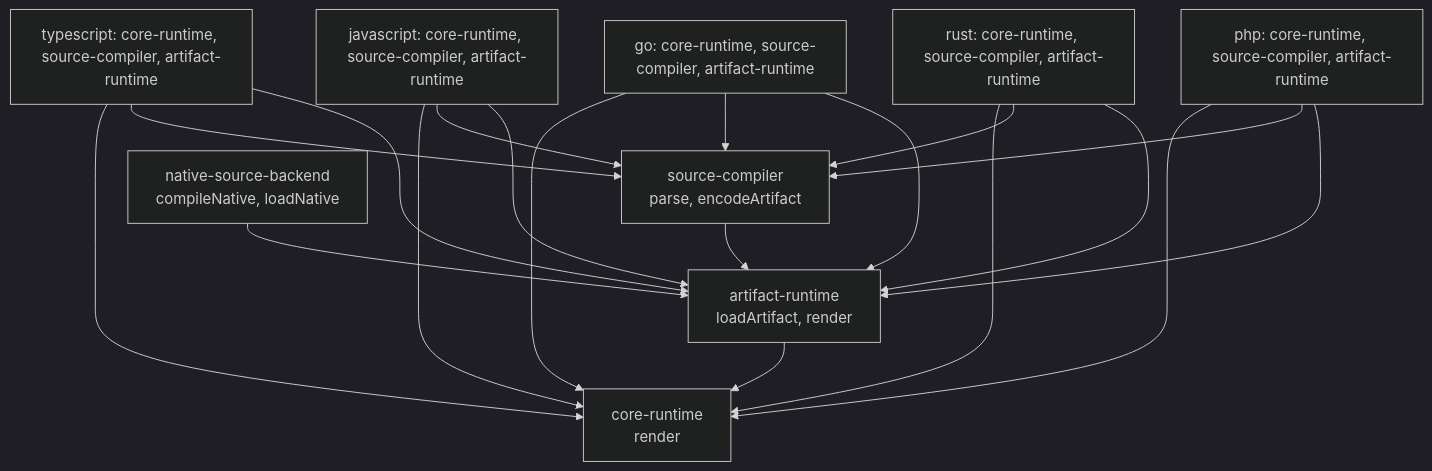
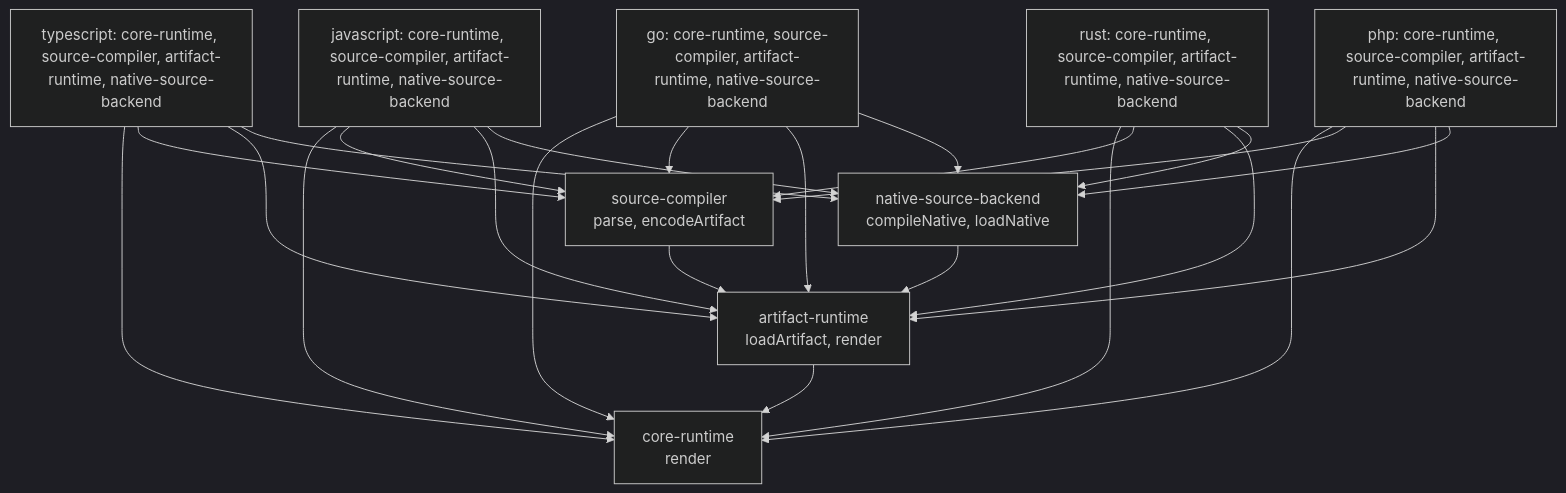
The diagram in tools/showcase/adapters/generated/support-levels.mmd (polyspec/template), drawn with Mermaid (dark theme) before and after one commit. The commit also changed 25 other files, not shown here.

```diff
--- a/tools/showcase/adapters/generated/support-levels.mmd
+++ b/tools/showcase/adapters/generated/support-levels.mmd
@@ -1,28 +1,33 @@
 flowchart TB
   core_runtime["core-runtime<br/>render"]
   source_compiler["source-compiler<br/>parse, encodeArtifact"]
   artifact_runtime["artifact-runtime<br/>loadArtifact, render"]
   native_source_backend["native-source-backend<br/>compileNative, loadNative"]
   source_compiler --> artifact_runtime
   artifact_runtime --> core_runtime
   native_source_backend --> artifact_runtime
-  typescript["typescript: core-runtime, source-compiler, artifact-runtime"]
+  typescript["typescript: core-runtime, source-compiler, artifact-runtime, native-source-backend"]
   typescript --> core_runtime
   typescript --> source_compiler
   typescript --> artifact_runtime
-  javascript["javascript: core-runtime, source-compiler, artifact-runtime"]
+  typescript --> native_source_backend
+  javascript["javascript: core-runtime, source-compiler, artifact-runtime, native-source-backend"]
   javascript --> core_runtime
   javascript --> source_compiler
   javascript --> artifact_runtime
-  go["go: core-runtime, source-compiler, artifact-runtime"]
+  javascript --> native_source_backend
+  go["go: core-runtime, source-compiler, artifact-runtime, native-source-backend"]
   go --> core_runtime
   go --> source_compiler
   go --> artifact_runtime
-  rust["rust: core-runtime, source-compiler, artifact-runtime"]
+  go --> native_source_backend
+  rust["rust: core-runtime, source-compiler, artifact-runtime, native-source-backend"]
   rust --> core_runtime
   rust --> source_compiler
   rust --> artifact_runtime
-  php["php: core-runtime, source-compiler, artifact-runtime"]
+  rust --> native_source_backend
+  php["php: core-runtime, source-compiler, artifact-runtime, native-source-backend"]
   php --> core_runtime
   php --> source_compiler
   php --> artifact_runtime
+  php --> native_source_backend
```
